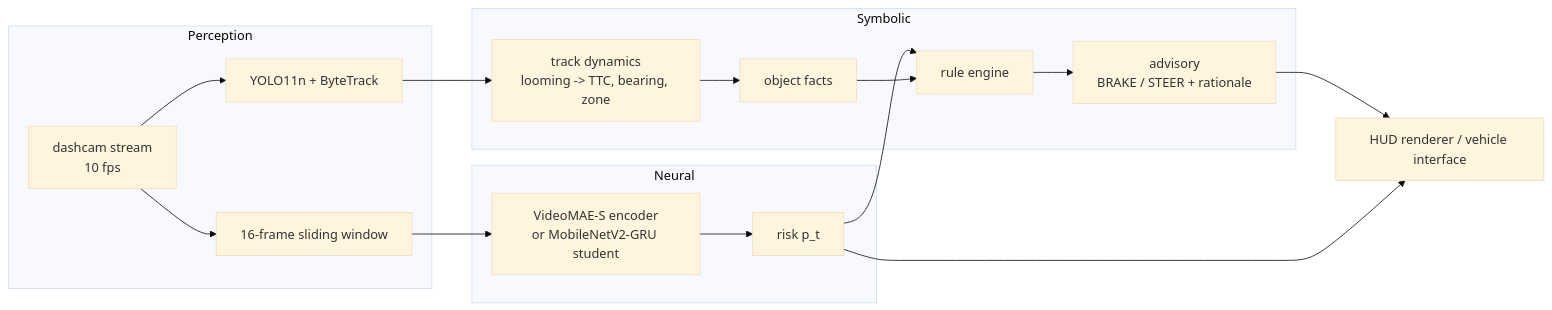
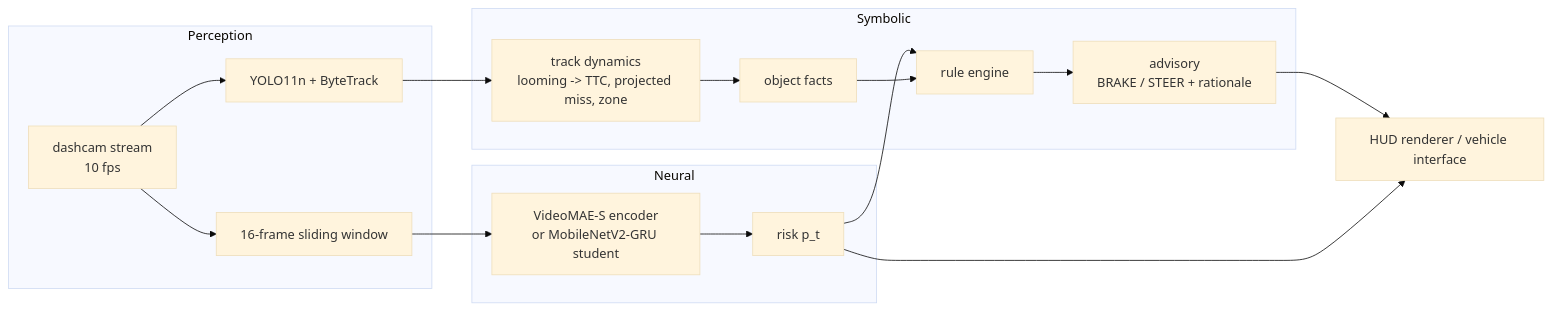
Before and after one commit to ShawnnnLiu/Crash-Anticipation-V1: the diagram in README.md, drawn with Mermaid (base theme). The commit also changed other lines of this file and 7 other files, not shown here.

````diff
--- a/README.md
+++ b/README.md
@@ -70,20 +70,20 @@
 ```mermaid
 flowchart LR
     subgraph Perception
         F[dashcam stream<br/>10 fps] --> W[16-frame sliding window]
         F --> Y[YOLO11n + ByteTrack]
     end
     subgraph Neural
         W --> V[VideoMAE-S encoder<br/>or MobileNetV2-GRU student]
         V --> R[risk p_t]
     end
     subgraph Symbolic
-        Y --> D[track dynamics<br/>looming -> TTC, bearing, zone]
+        Y --> D[track dynamics<br/>looming -> TTC, projected miss, zone]
         D --> FA[object facts]
         R --> RE[rule engine]
         FA --> RE
         RE --> A[advisory<br/>BRAKE / STEER + rationale]
     end
     A --> HUD[HUD renderer / vehicle interface]
     R --> HUD
 ```
````
